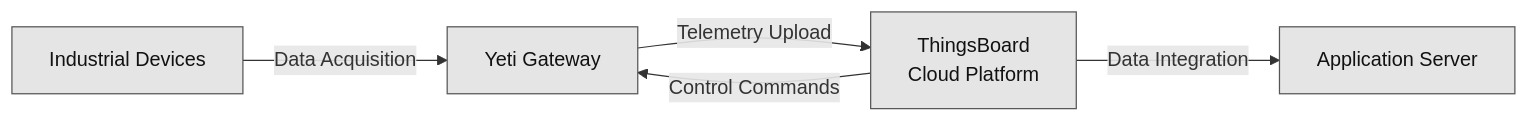
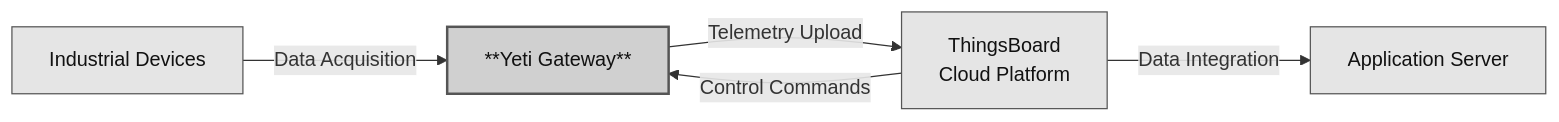
Before and after one commit to yugen-m7/yeti_docs: the first of 2 diagrams in wiki/system_architecture.md, drawn with Mermaid. The commit also changed other lines of this file and 42 other files, not shown here.

````diff
--- a/wiki/system_architecture.md
+++ b/wiki/system_architecture.md
@@ -7,14 +7,15 @@
 ```mermaid
 flowchart LR
     classDef block fill:#e5e5e5,stroke:#555,stroke-width:1px,color:#111;
+    classDef block0 fill:#d0d0d0,stroke:#555,stroke-width:2px,color:#111;
 
     Sensors["Industrial Devices"]:::block
-    Gateway["Yeti Gateway"]:::block
+    Gateway["**Yeti Gateway**"]:::block0
     TB["ThingsBoard <br> Cloud Platform"]:::block
     App["Application Server"]:::block
 
     Sensors -->|Data Acquisition| Gateway
     Gateway -->|Telemetry Upload| TB
     TB -->|Data Integration| App
     TB -->|Control Commands| Gateway
 ```
````
